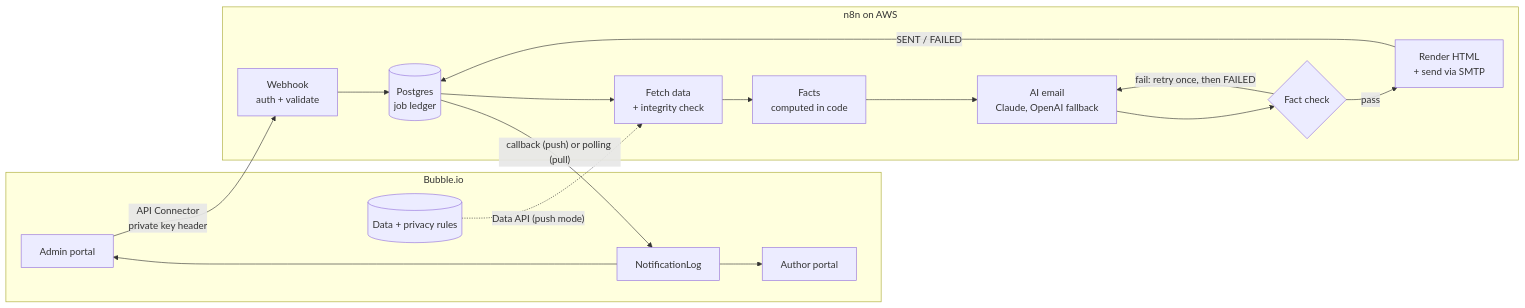
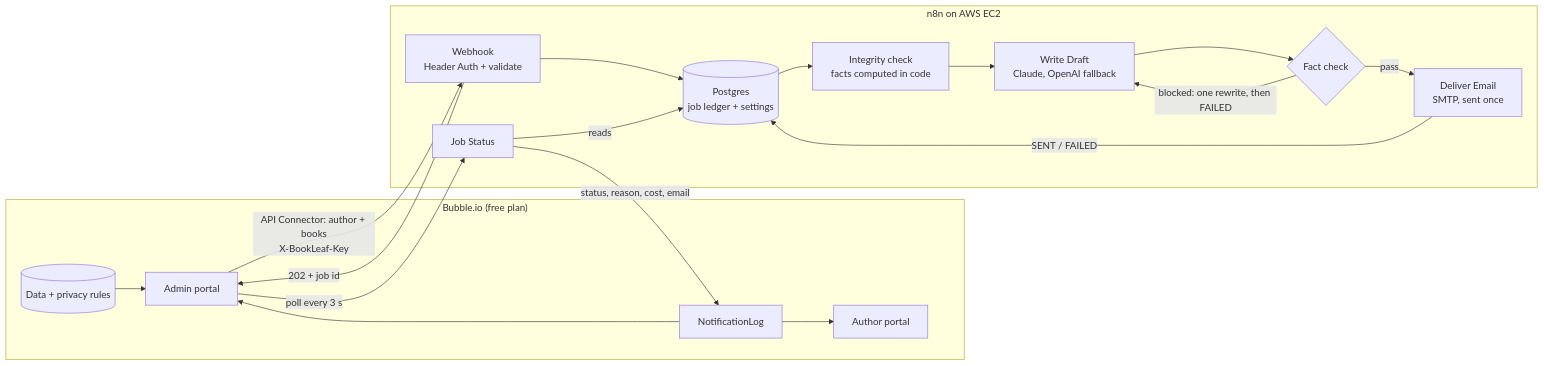
Before and after one commit to akshykmratloop/bookleaf-royalty-automation: the diagram in README.md, drawn with Mermaid. The commit also changed other lines of this file, not shown here.

Commit message:
docs(readme): live links and logins, screenshots, pull-only diagram, the five brief topics, n8n features, setup

````diff
--- a/README.md
+++ b/README.md
@@ -24,27 +37,30 @@
 ```mermaid
 flowchart LR
-  subgraph B[Bubble.io]
+  subgraph B["Bubble.io (free plan)"]
     A[Author portal]
     M[Admin portal]
     DB[(Data + privacy rules)]
     L[NotificationLog]
   end
-  subgraph N[n8n on AWS]
-    W[Webhook<br/>auth + validate]
-    J[(Postgres<br/>job ledger)]
-    F[Fetch data<br/>+ integrity check]
-    FA[Facts<br/>computed in code]
-    AI[AI email<br/>Claude, OpenAI fallback]
+  subgraph N["n8n on AWS EC2"]
+    W[Webhook<br/>Header Auth + validate]
+    J[(Postgres<br/>job ledger + settings)]
+    F[Integrity check<br/>facts computed in code]
+    AI[Write Draft<br/>Claude, OpenAI fallback]
     CK{Fact check}
-    R[Render HTML<br/>+ send via SMTP]
+    R[Deliver Email<br/>SMTP, sent once]
+    S[Job Status]
   end
-  M -- "API Connector<br/>private key header" --> W
-  W --> J --> F --> FA --> AI --> CK
+  DB --> M
+  M -- "API Connector: author + books<br/>X-BookLeaf-Key" --> W
+  W -- "202 + job id" --> M
+  W --> J --> F --> AI --> CK
   CK -- pass --> R
-  CK -- "fail: retry once, then FAILED" --> AI
-  DB -. "Data API (push mode)" .-> F
+  CK -- "blocked: one rewrite, then FAILED" --> AI
   R -- "SENT / FAILED" --> J
-  J -- "callback (push) or polling (pull)" --> L
+  M -- "poll every 3 s" --> S
+  S -- "reads" --> J
+  S -- "status, reason, cost, email" --> L
   L --> A
   L --> M
 ```
````
